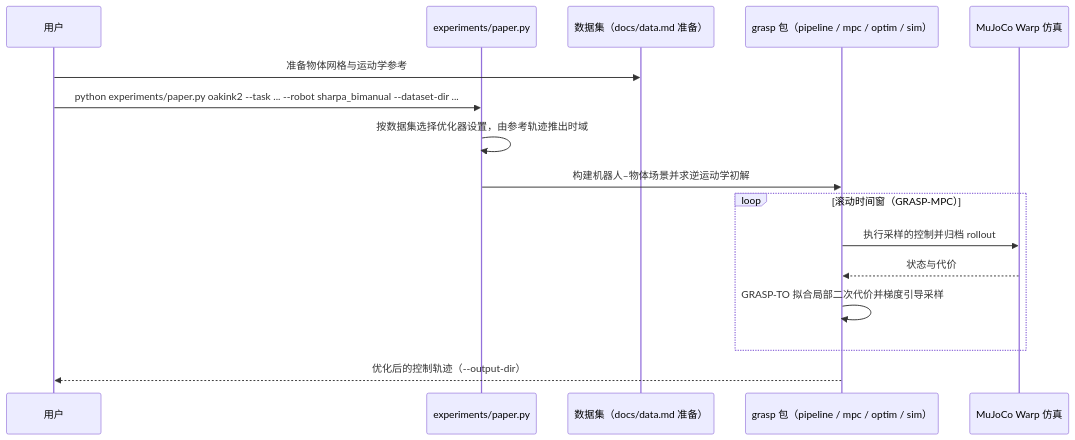
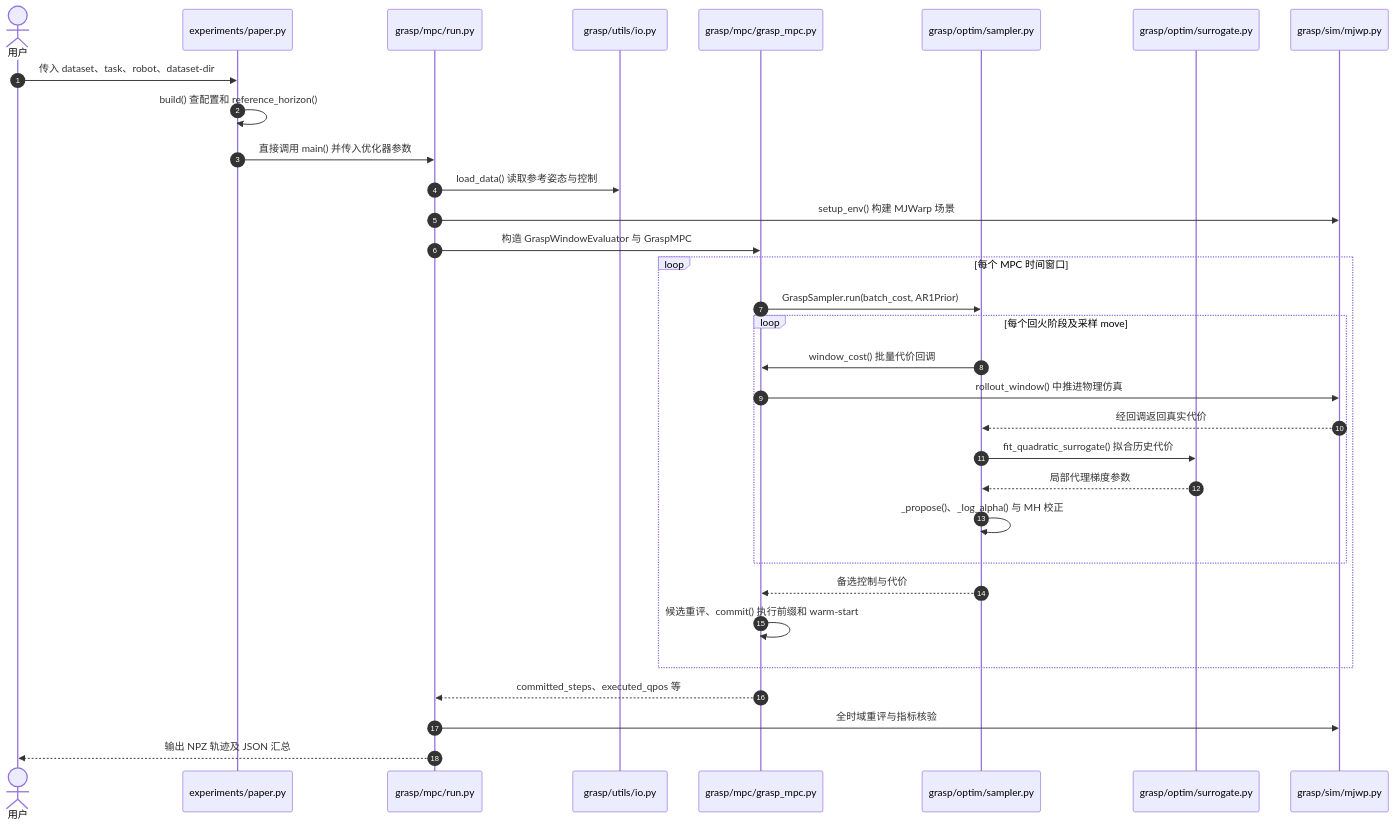
One commit to ImChong/Robotics_Notebooks changed the second of 2 diagrams in wiki/entities/paper-grasp.md. Above: the diagram before and after it, drawn with Mermaid. The commit also changed other lines of this file, not shown here.

Commit message:
docs(wiki): 补齐 GRASP 原文通读、源码时序与三分健康度骨架

````diff
--- a/wiki/entities/paper-grasp.md
+++ b/wiki/entities/paper-grasp.md
@@ -61,18 +88,34 @@
 ```mermaid
 sequenceDiagram
-  participant U as 用户
-  participant P as experiments/paper.py
-  participant D as 数据集（docs/data.md 准备）
-  participant G as grasp 包（pipeline / mpc / optim / sim）
-  participant S as MuJoCo Warp 仿真
-  U->>D: 准备物体网格与运动学参考
-  U->>P: python experiments/paper.py oakink2 --task ... --robot sharpa_bimanual --dataset-dir ...
-  P->>P: 按数据集选择优化器设置，由参考轨迹推出时域
-  P->>G: 构建机器人–物体场景并求逆运动学初解
-  loop 滚动时间窗（GRASP-MPC）
-    G->>S: 执行采样的控制并归档 rollout
-    S-->>G: 状态与代价
-    G->>G: GRASP-TO 拟合局部二次代价并梯度引导采样
+  autonumber
+  actor User as 用户
+  participant E as experiments/paper.py
+  participant R as grasp/mpc/run.py
+  participant IO as grasp/utils/io.py
+  participant M as grasp/mpc/grasp_mpc.py
+  participant S as grasp/optim/sampler.py
+  participant Q as grasp/optim/surrogate.py
+  participant W as grasp/sim/mjwp.py
+  User->>E: 传入 dataset、task、robot、dataset-dir
+  E->>E: build() 查配置和 reference_horizon()
+  E->>R: 直接调用 main() 并传入优化器参数
+  R->>IO: load_data() 读取参考姿态与控制
+  R->>W: setup_env() 构建 MJWarp 场景
+  R->>M: 构造 GraspWindowEvaluator 与 GraspMPC
+  loop 每个 MPC 时间窗口
+    M->>S: GraspSampler.run(batch_cost, AR1Prior)
+    loop 每个回火阶段及采样 move
+      S->>M: window_cost() 批量代价回调
+      M->>W: rollout_window() 中推进物理仿真
+      W-->>S: 经回调返回真实代价
+      S->>Q: fit_quadratic_surrogate() 拟合历史代价
+      Q-->>S: 局部代理梯度参数
+      S->>S: _propose()、_log_alpha() 与 MH 校正
+    end
+    S-->>M: 备选控制与代价
+    M->>M: 候选重评、commit() 执行前缀和 warm-start
   end
-  G-->>U: 优化后的控制轨迹（--output-dir）
+  M-->>R: committed_steps、executed_qpos 等
+  R->>W: 全时域重评与指标核验
+  R-->>User: 输出 NPZ 轨迹及 JSON 汇总
 ```
````
